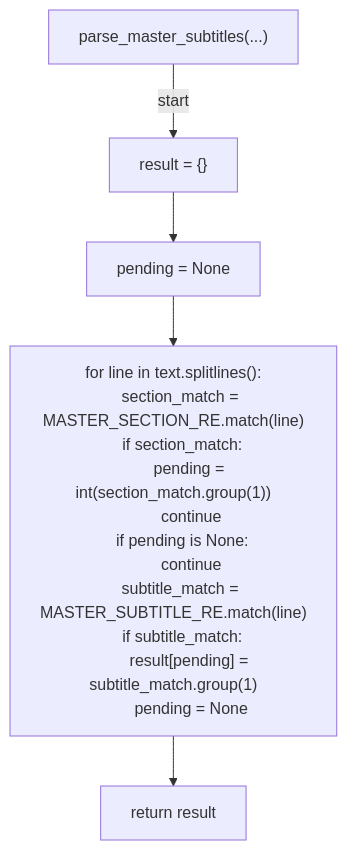
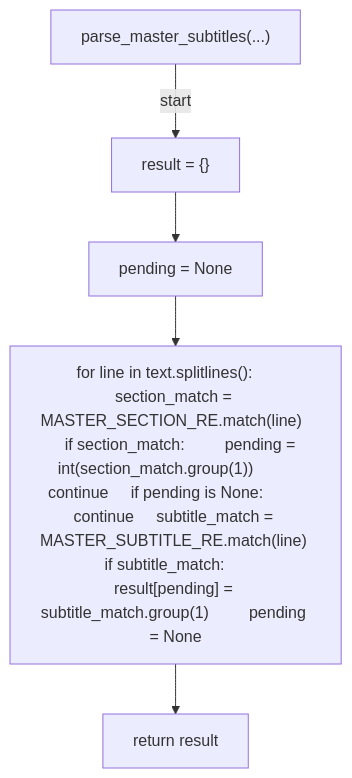
Before and after one commit to tvna/claude-md: the fifth of 20 diagrams in docs/generated/scripts/ast/scan_design_philosophy_drift.md, drawn with Mermaid. The commit also changed other lines of this file and 29 other files, not shown here.

First line of the commit message:
docs(generated): regenerate decision tree and workflow diagrams (batch 3/5)

````diff
--- a/docs/generated/scripts/ast/scan_design_philosophy_drift.md
+++ b/docs/generated/scripts/ast/scan_design_philosophy_drift.md
@@ -68,22 +62,12 @@
 ```mermaid
 flowchart TD
     N001["parse_master_subtitles(...)"]
     N002["result = {}"]
     N003["pending = None"]
-    N004["for line in text.splitlines():
-    section_match = MASTER_SECTION_RE.match(line)
-    if section_match:
-        pending = int(section_match.group(1))
-        continue
-    if pending is None:
-        continue
-    subtitle_match = MASTER_SUBTITLE_RE.match(line)
-    if subtitle_match:
-        result[pending] = subtitle_match.group(1)
-        pending = None"]
+    N004["for line in text.splitlines():     section_match = MASTER_SECTION_RE.match(line)     if section_match:         pending = int(section_match.group(1))         continue     if pending is None:         continue     subtitle_match = MASTER_SUBTITLE_RE.match(line)     if subtitle_match:         result[pending] = subtitle_match.group(1)         pending = None"]
     N005["return result"]
     N001 -->|"start"| N002
     N002 --> N003
     N003 --> N004
     N004 --> N005
 ```
````
